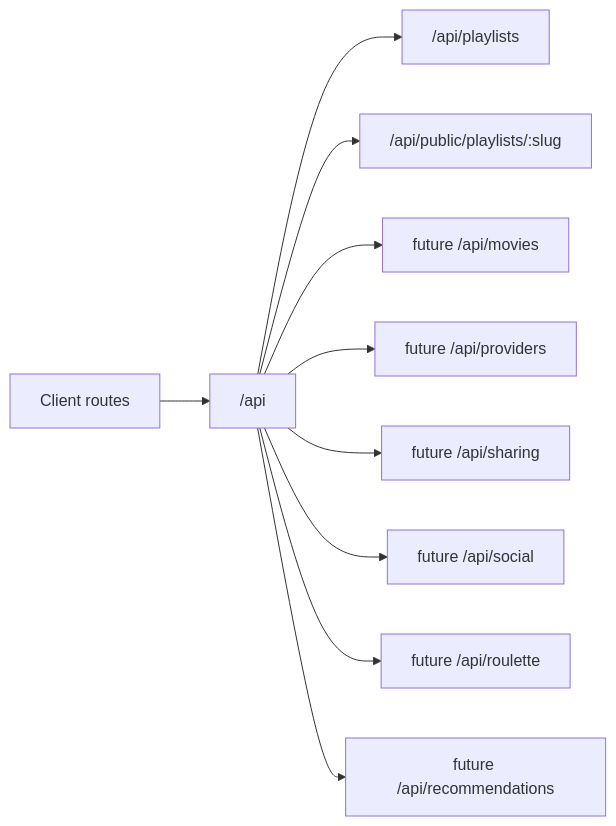
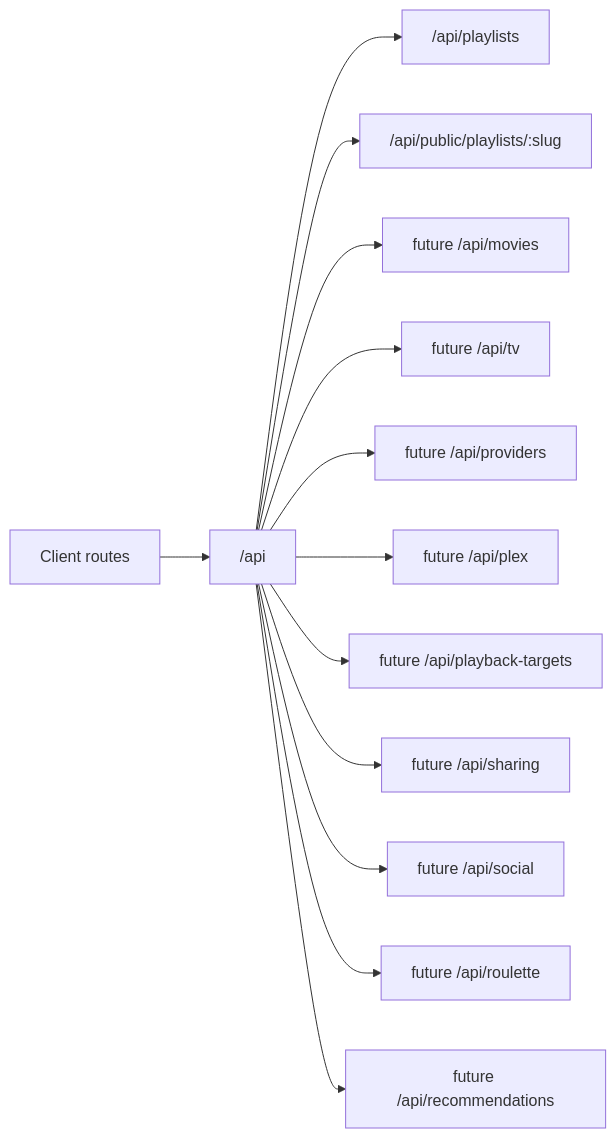
One commit to TerryFoster1/flim changed the diagram in docs/api-design.md. Above: the diagram before and after it, drawn with Mermaid. The commit also changed other lines of this file and 11 other files, not shown here.

Commit message:
Add master entertainment roadmap

````diff
--- a/docs/api-design.md
+++ b/docs/api-design.md
@@ -11,12 +11,15 @@
 ```mermaid
 flowchart LR
   Client["Client routes"] --> API["/api"]
   API --> Playlists["/api/playlists"]
   API --> PublicSharing["/api/public/playlists/:slug"]
   API --> Movies["future /api/movies"]
+  API --> TV["future /api/tv"]
   API --> Providers["future /api/providers"]
+  API --> Plex["future /api/plex"]
+  API --> Devices["future /api/playback-targets"]
   API --> Sharing["future /api/sharing"]
   API --> Social["future /api/social"]
   API --> Roulette["future /api/roulette"]
   API --> Recommendations["future /api/recommendations"]
 ```
````
